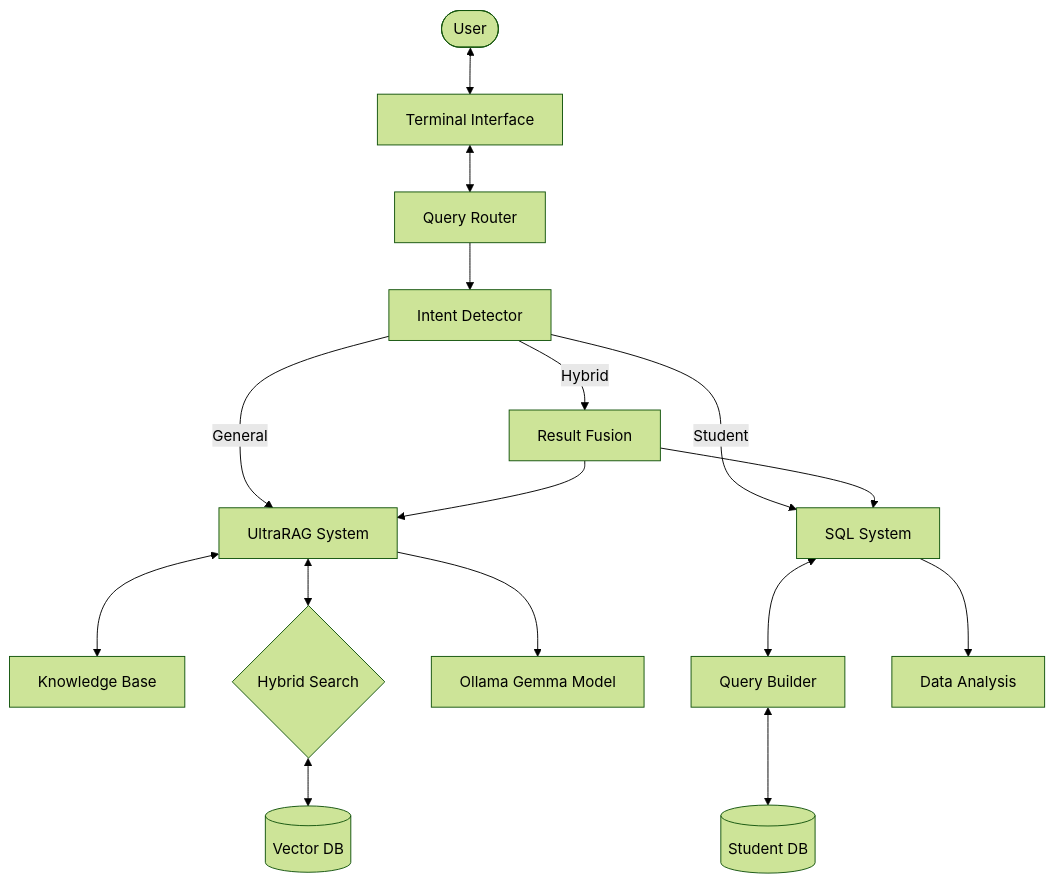
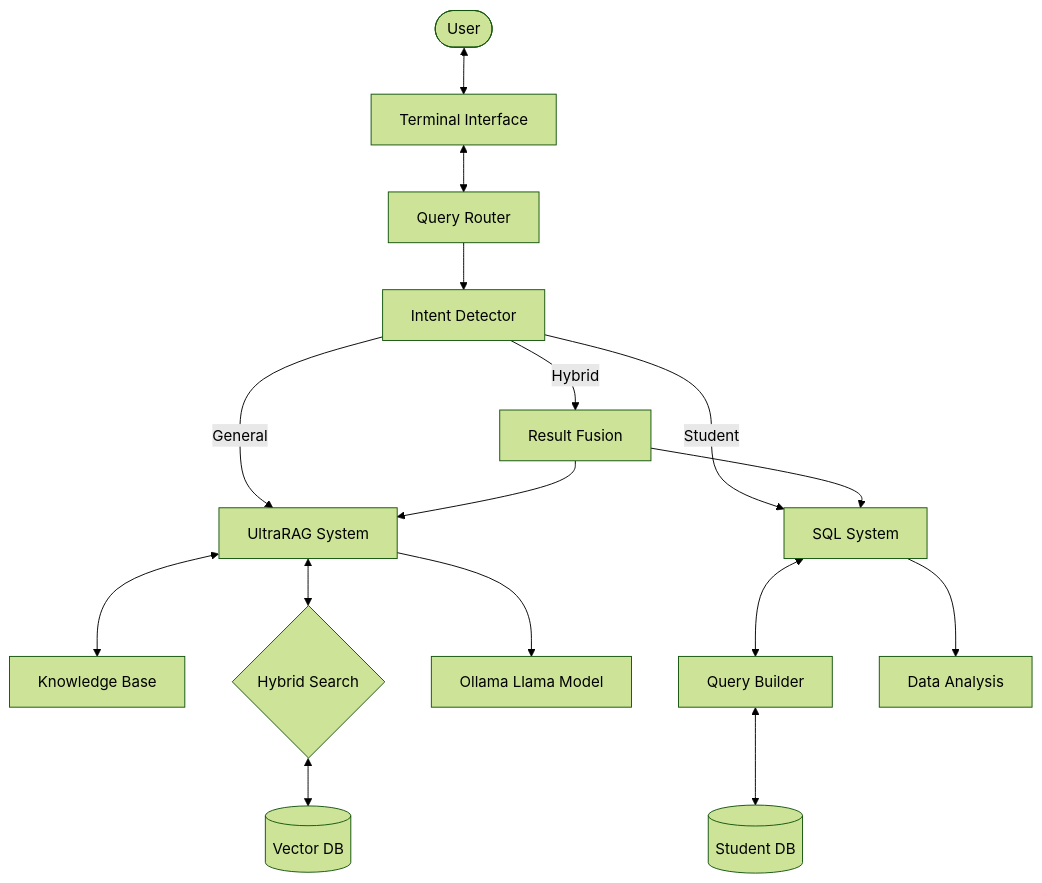
Before and after one commit to VijayKiran-2004/College-Chat-Bot: the first of 2 diagrams in README.md, drawn with Mermaid (forest theme). The commit also changed other lines of this file and 18 other files, not shown here.

````diff
--- a/README.md
+++ b/README.md
@@ -138,22 +138,22 @@
 ```mermaid
 graph TD
     User([User]) <--> Interface[Terminal Interface]
     Interface <--> Router[Query Router]
     Router --> Detector[Intent Detector]
     
     Detector -->|General| RAG[UltraRAG System]
     Detector -->|Student| SQL[SQL System]
     Detector -->|Hybrid| Fusion[Result Fusion]
     
     Fusion --> RAG
     Fusion --> SQL
     
     RAG <--> KB[Knowledge Base]
     RAG <--> HybridSearch{Hybrid Search}
     HybridSearch <--> VectorDB[(Vector DB)]
-    RAG --> LLM[Ollama Gemma Model]
+    RAG --> LLM[Ollama Llama Model]
     
     SQL <--> QueryBuilder[Query Builder]
     QueryBuilder <--> DB[(Student DB)]
     SQL --> Analysis[Data Analysis]
 ```
````
